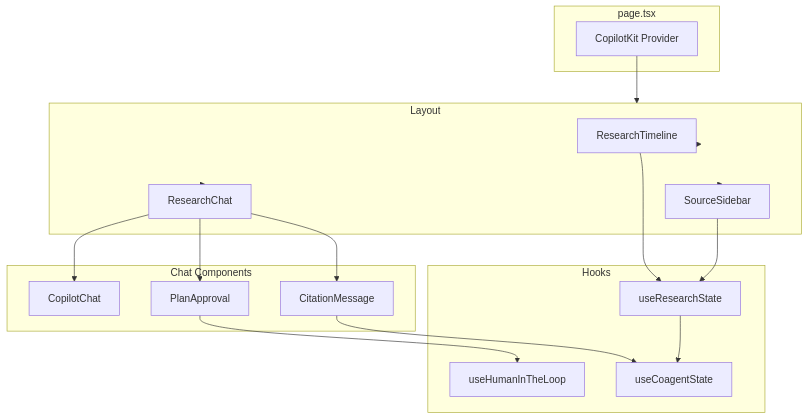
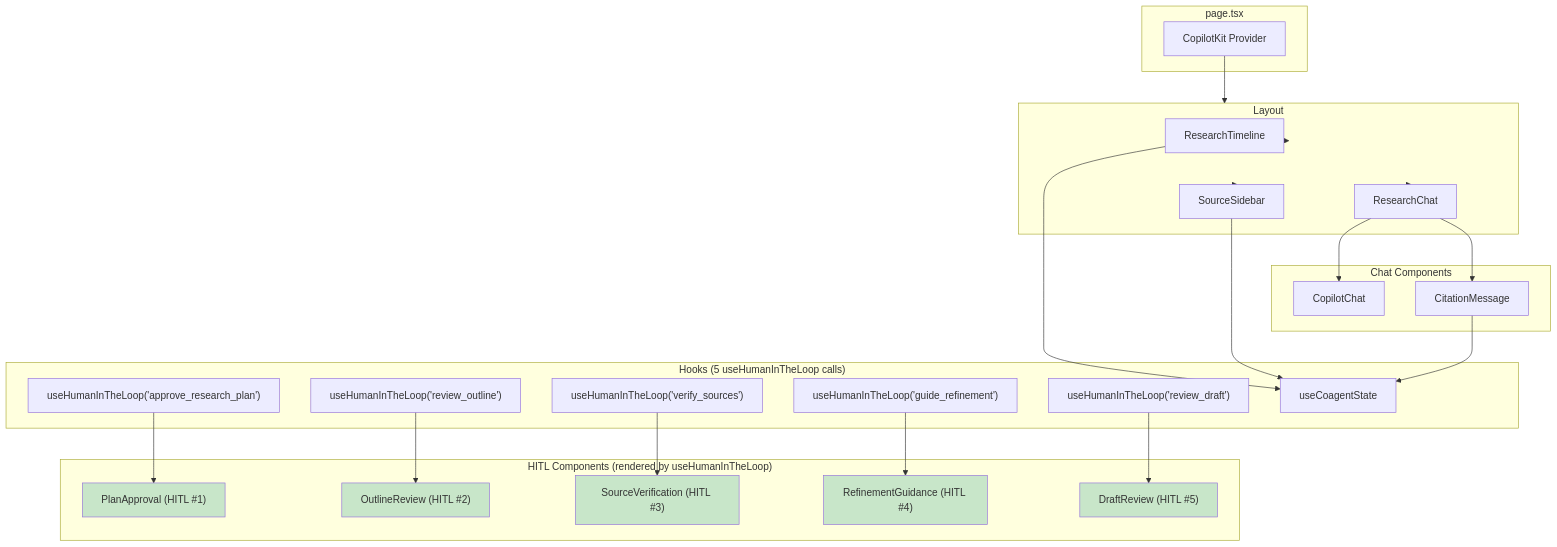
The fifth of 9 diagrams in deep_search_poc_plan/ARCHITECTURE_DIAGRAMS.md (Contextable/ag-ui), drawn with Mermaid before and after one commit. The commit also changed other lines of this file and 1 other file, not shown here.

First line of the commit message:
Enhance Deep Search POC plan with AGUIToolset for sub-agent HITL

````diff
--- a/deep_search_poc_plan/ARCHITECTURE_DIAGRAMS.md
+++ b/deep_search_poc_plan/ARCHITECTURE_DIAGRAMS.md
@@ -159,39 +211,58 @@
 ```mermaid
 graph TB
     subgraph Page["page.tsx"]
         CK[CopilotKit Provider]
     end
 
     subgraph Layout
         TL[ResearchTimeline]
         Chat[ResearchChat]
         SS[SourceSidebar]
     end
 
-    subgraph Chat Components
+    subgraph "HITL Components (rendered by useHumanInTheLoop)"
+        PA["PlanApproval (HITL #1)"]
+        OR["OutlineReview (HITL #2)"]
+        SV["SourceVerification (HITL #3)"]
+        RG["RefinementGuidance (HITL #4)"]
+        DR["DraftReview (HITL #5)"]
+    end
+
+    subgraph "Chat Components"
         CC[CopilotChat]
-        PA[PlanApproval]
         CM[CitationMessage]
     end
 
-    subgraph Hooks
-        URS[useResearchState]
-        UHITL[useHumanInTheLoop]
+    subgraph "Hooks (5 useHumanInTheLoop calls)"
+        UHITL1["useHumanInTheLoop('approve_research_plan')"]
+        UHITL2["useHumanInTheLoop('review_outline')"]
+        UHITL3["useHumanInTheLoop('verify_sources')"]
+        UHITL4["useHumanInTheLoop('guide_refinement')"]
+        UHITL5["useHumanInTheLoop('review_draft')"]
         UCS[useCoagentState]
     end
 
     CK --> Layout
     Layout --> TL
     Layout --> Chat
     Layout --> SS
 
     Chat --> CC
-    Chat --> PA
     Chat --> CM
 
-    TL --> URS
-    SS --> URS
-    PA --> UHITL
+    UHITL1 --> PA
+    UHITL2 --> OR
+    UHITL3 --> SV
+    UHITL4 --> RG
+    UHITL5 --> DR
+
+    TL --> UCS
+    SS --> UCS
     CM --> UCS
-    URS --> UCS
+
+    style PA fill:#c8e6c9
+    style OR fill:#c8e6c9
+    style SV fill:#c8e6c9
+    style RG fill:#c8e6c9
+    style DR fill:#c8e6c9
 ```
````
